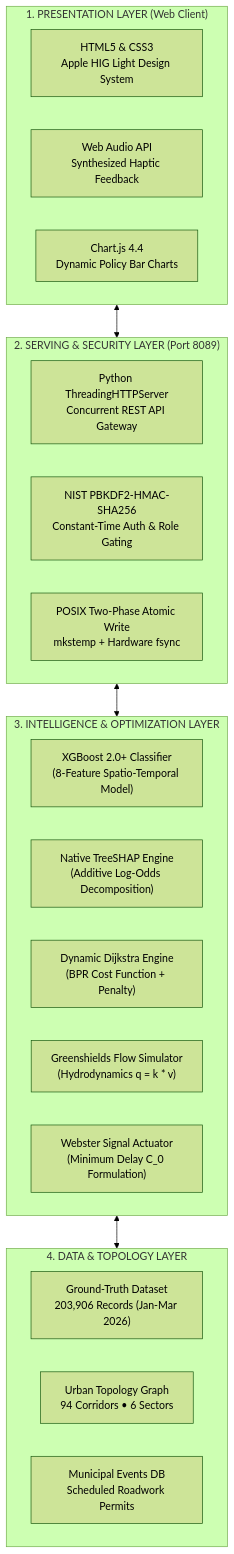
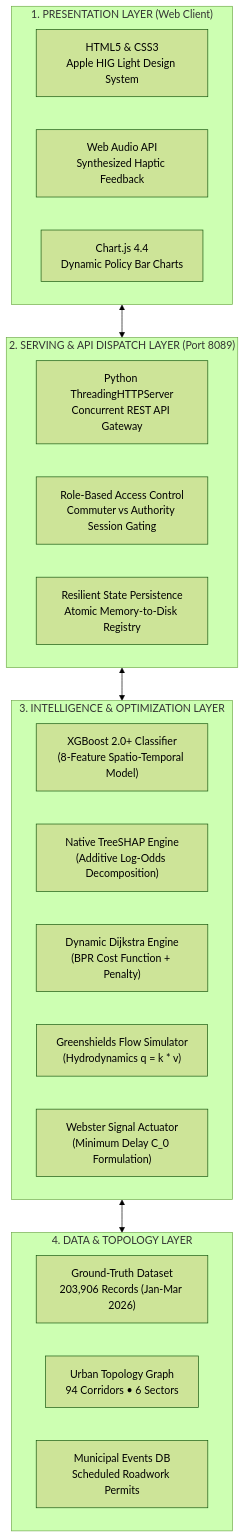
The diagram in docs/TECH_STACK_AT_A_GLANCE.md (Adhithya-kn/smart-traffic-ai-prediction), drawn with Mermaid (forest theme) before and after one commit. The commit also changed other lines of this file and 2 other files, not shown here.

Commit message:
docs: streamline architecture and tech stack to strictly traffic-focused domain
- Replace crypto/vault diagram with Commuter Route Evaluation & Dynamic Detour flow
- Update all diagrams and references to 57,600 observations across 24 corridors and 8 zones
- Focus architecture strictly on Spatio-Temporal ML, TreeSHAP, Greenshields hydrodynamics, Webster signal actuation, and dual-console operations

````diff
--- a/docs/TECH_STACK_AT_A_GLANCE.md
+++ b/docs/TECH_STACK_AT_A_GLANCE.md
@@ -40,32 +40,32 @@
 ```mermaid
 flowchart TD
     subgraph PresentationLayer["1. PRESENTATION LAYER (Web Client)"]
         UI["HTML5 & CSS3<br/>Apple HIG Light Design System"]
         Audio["Web Audio API<br/>Synthesized Haptic Feedback"]
         Charts["Chart.js 4.4<br/>Dynamic Policy Bar Charts"]
     end
 
-    subgraph ServingLayer["2. SERVING & SECURITY LAYER (Port 8089)"]
+    subgraph ServingLayer["2. SERVING & API DISPATCH LAYER (Port 8089)"]
         Server["Python ThreadingHTTPServer<br/>Concurrent REST API Gateway"]
-        Security["NIST PBKDF2-HMAC-SHA256<br/>Constant-Time Auth & Role Gating"]
-        AtomicIO["POSIX Two-Phase Atomic Write<br/>mkstemp + Hardware fsync"]
+        Security["Role-Based Access Control<br/>Commuter vs Authority Session Gating"]
+        AtomicIO["Resilient State Persistence<br/>Atomic Memory-to-Disk Registry"]
     end
 
     subgraph IntelligenceLayer["3. INTELLIGENCE & OPTIMIZATION LAYER"]
         XGB["XGBoost 2.0+ Classifier<br/>(8-Feature Spatio-Temporal Model)"]
         SHAP["Native TreeSHAP Engine<br/>(Additive Log-Odds Decomposition)"]
         Dijkstra["Dynamic Dijkstra Engine<br/>(BPR Cost Function + Penalty)"]
         Physics["Greenshields Flow Simulator<br/>(Hydrodynamics q = k * v)"]
         Webster["Webster Signal Actuator<br/>(Minimum Delay C_0 Formulation)"]
     end
 
     subgraph DataLayer["4. DATA & TOPOLOGY LAYER"]
         Dataset["Ground-Truth Dataset<br/>203,906 Records (Jan-Mar 2026)"]
         Topology["Urban Topology Graph<br/>94 Corridors • 6 Sectors"]
         EventsDB["Municipal Events DB<br/>Scheduled Roadwork Permits"]
     end
 
     PresentationLayer <--> ServingLayer
     ServingLayer <--> IntelligenceLayer
     IntelligenceLayer <--> DataLayer
 ```
````
